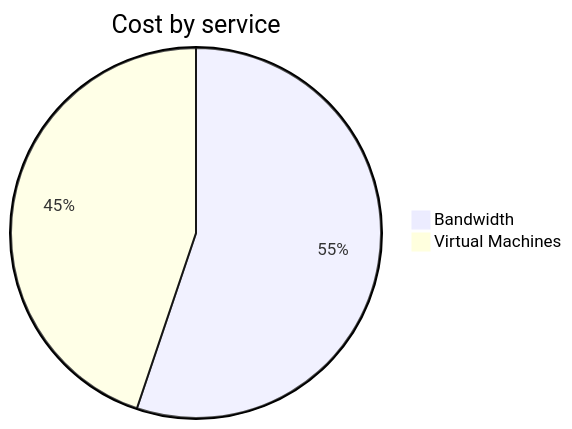
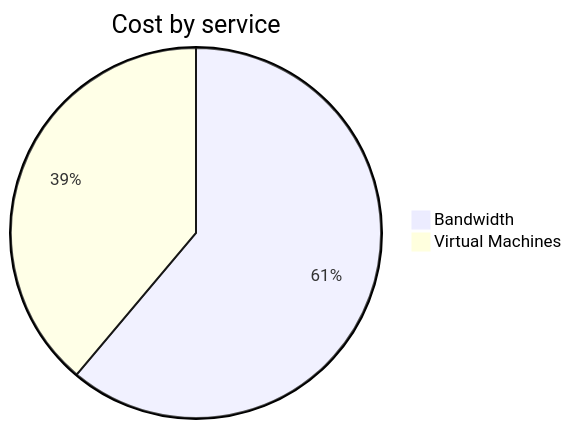
One commit to jpfulton/azure-personal-reports changed the second of 4 diagrams in cost-reports/personal-network/vpn-server.md. Above: the diagram before and after it, drawn with Mermaid. The commit also changed other lines of this file and 8 other files, not shown here.

````diff
--- a/cost-reports/personal-network/vpn-server.md
+++ b/cost-reports/personal-network/vpn-server.md
@@ -96,6 +96,6 @@
 ```mermaid
 pie
    title Cost by service
-   "Bandwidth" : 1.28
-   "Virtual Machines" : 1.04
+   "Bandwidth" : 1.92
+   "Virtual Machines" : 1.22
 ```
````
